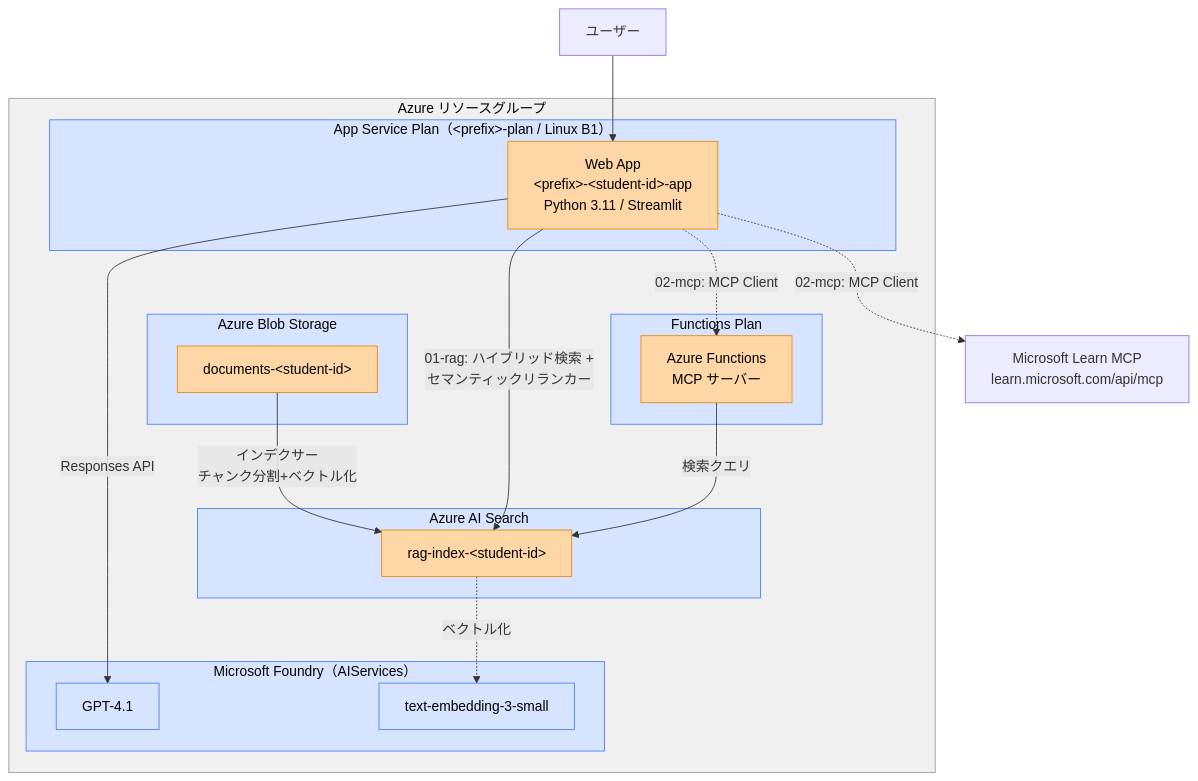
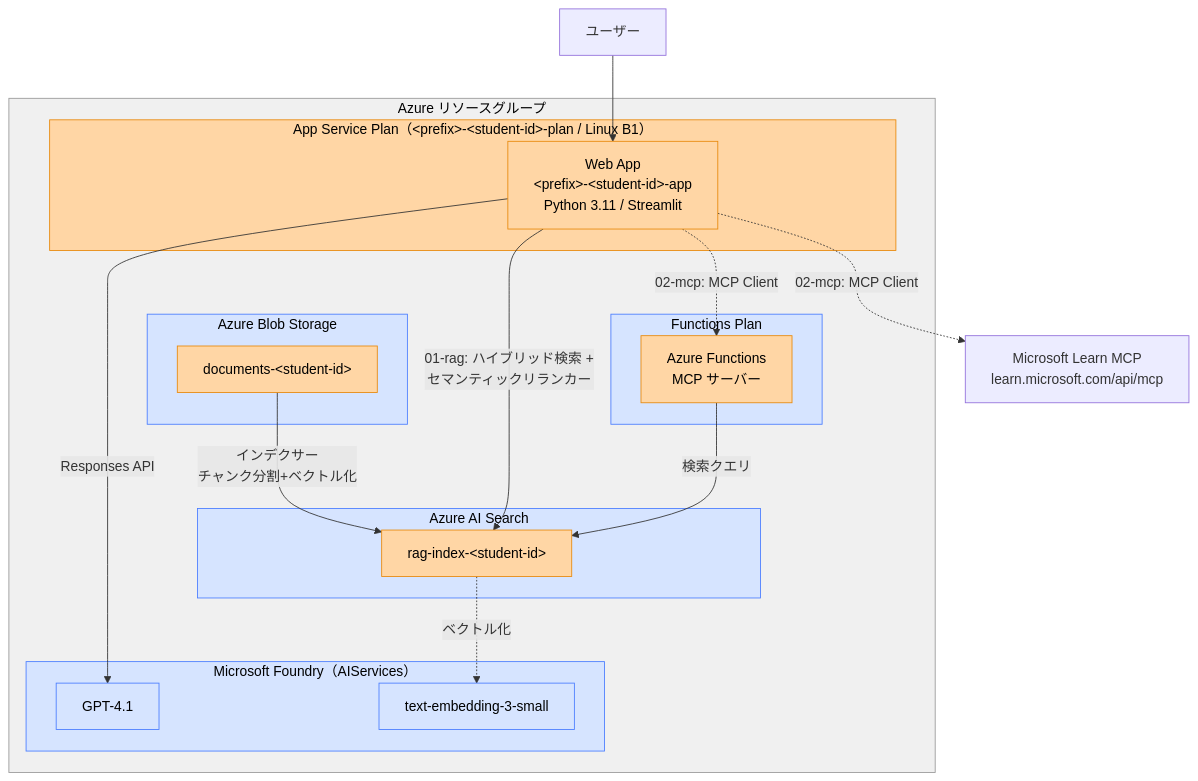
Before and after one commit to teshi22/rag_mcp_workshop: the diagram in README.md, drawn with Mermaid. The commit also changed 3 other files, not shown here.

Commit message:
fix: 受講生ごとの App Service Plan 名を変更し、README を更新

````diff
--- a/README.md
+++ b/README.md
@@ -15,48 +15,48 @@
 ```mermaid
 graph TB
     subgraph Azure["Azure リソースグループ"]
         subgraph Foundry["Microsoft Foundry（AIServices）"]
             GPT["GPT-4.1"]:::shared
             Emb["text-embedding-3-small"]:::shared
         end
 
         subgraph StorageAccount["Azure Blob Storage"]
             Container["documents-&lt;student-id&gt;"]:::per_student
         end
 
         subgraph SearchService["Azure AI Search"]
             Index["rag-index-&lt;student-id&gt;"]:::per_student
         end
 
-        subgraph AppServicePlan["App Service Plan（&lt;prefix&gt;-plan / Linux B1）"]
+        subgraph AppServicePlan["App Service Plan（&lt;prefix&gt;-&lt;student-id&gt;-plan / Linux B1）"]
             WebApp["Web App<br/>&lt;prefix&gt;-&lt;student-id&gt;-app<br/>Python 3.11 / Streamlit"]:::per_student
         end
 
         subgraph FuncPlan["Functions Plan"]
             Func["Azure Functions<br/>MCP サーバー"]:::per_student
         end
     end
 
     User["ユーザー"]
     Learn["Microsoft Learn MCP<br/>learn.microsoft.com/api/mcp"]
 
     Container -- "インデクサー<br/>チャンク分割+ベクトル化" --> Index
     Index -. "ベクトル化" .-> Emb
 
     User --> WebApp
     WebApp -- "01-rag: ハイブリッド検索 +<br/>セマンティックリランカー" --> Index
     WebApp -- "Responses API" --> GPT
     WebApp -. "02-mcp: MCP Client" .-> Func
     WebApp -. "02-mcp: MCP Client" .-> Learn
     Func -- "検索クエリ" --> Index
 
     classDef per_student fill:#ffd6a5,stroke:#e8890c,color:#000
     classDef shared fill:#d6e4ff,stroke:#4a7dff,color:#000
 
     style Azure fill:#f0f0f0,stroke:#999,color:#000
     style Foundry fill:#d6e4ff,stroke:#4a7dff,color:#000
     style StorageAccount fill:#d6e4ff,stroke:#4a7dff,color:#000
     style SearchService fill:#d6e4ff,stroke:#4a7dff,color:#000
-    style AppServicePlan fill:#d6e4ff,stroke:#4a7dff,color:#000
+    style AppServicePlan fill:#ffd6a5,stroke:#e8890c,color:#000
     style FuncPlan fill:#d6e4ff,stroke:#4a7dff,color:#000
 ```
````
